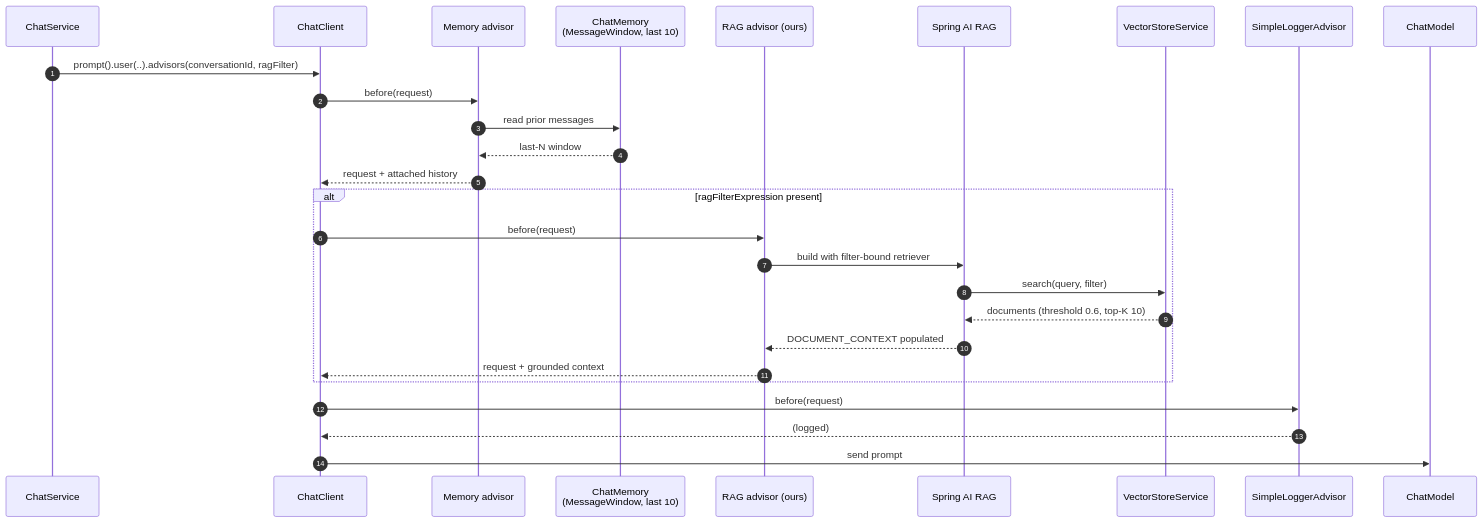
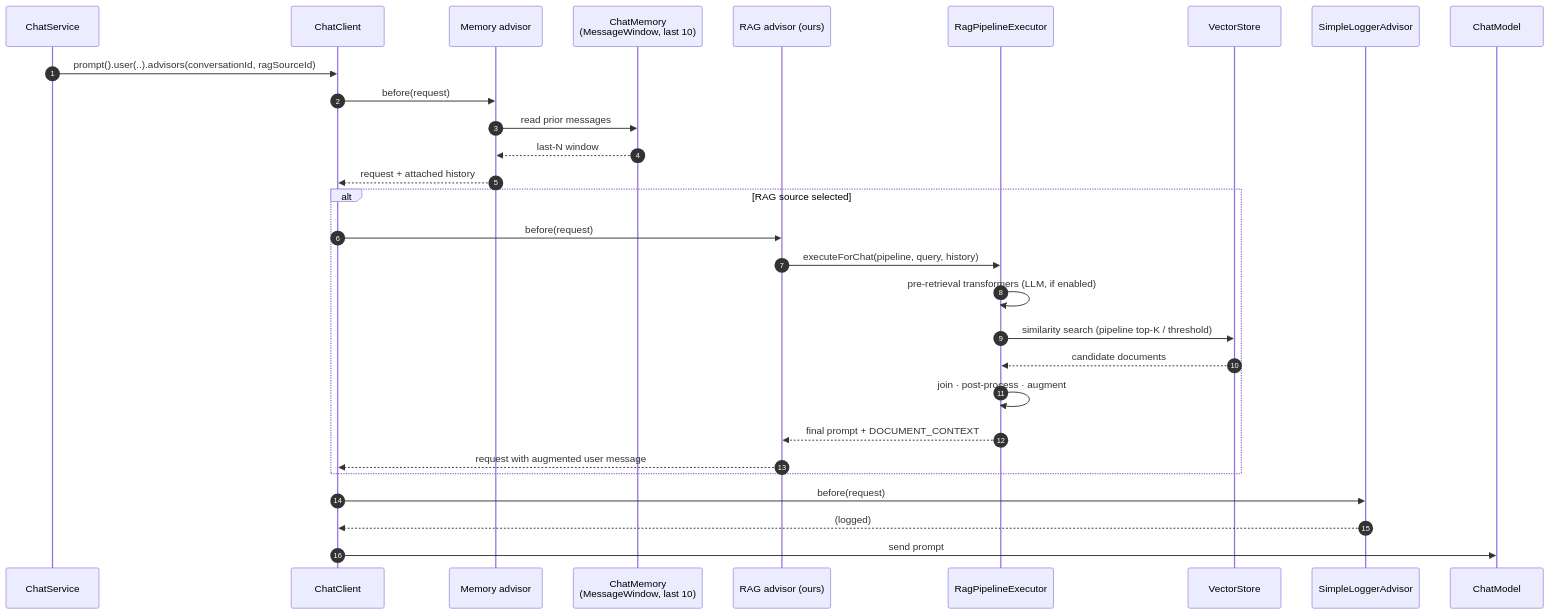
Before and after one commit to spring-ai-community/spring-ai-playground: the seventh of 9 diagrams in docs/architecture.md, drawn with Mermaid. The commit also changed other lines of this file and 52 other files, not shown here.

````diff
--- a/docs/architecture.md
+++ b/docs/architecture.md
@@ -262,30 +265,32 @@
 ```mermaid
 sequenceDiagram
     autonumber
     participant CS as ChatService
     participant CCL as ChatClient
     participant MEM as Memory advisor
     participant CMEM as ChatMemory<br/>(MessageWindow, last 10)
     participant RAG as RAG advisor (ours)
-    participant RAA as Spring AI RAG
-    participant VSS as VectorStoreService
+    participant EX as RagPipelineExecutor
+    participant VS as VectorStore
     participant LOG as SimpleLoggerAdvisor
     participant MODEL as ChatModel
 
-    CS->>CCL: prompt().user(..).advisors(conversationId, ragFilter)
+    CS->>CCL: prompt().user(..).advisors(conversationId, ragSourceId)
     CCL->>MEM: before(request)
     MEM->>CMEM: read prior messages
     CMEM-->>MEM: last-N window
     MEM-->>CCL: request + attached history
-    alt ragFilterExpression present
+    alt RAG source selected
         CCL->>RAG: before(request)
-        RAG->>RAA: build with filter-bound retriever
-        RAA->>VSS: search(query, filter)
-        VSS-->>RAA: documents (threshold 0.6, top-K 10)
-        RAA-->>RAG: DOCUMENT_CONTEXT populated
-        RAG-->>CCL: request + grounded context
+        RAG->>EX: executeForChat(pipeline, query, history)
+        EX->>EX: pre-retrieval transformers (LLM, if enabled)
+        EX->>VS: similarity search (pipeline top-K / threshold)
+        VS-->>EX: candidate documents
+        EX->>EX: join · post-process · augment
+        EX-->>RAG: final prompt + DOCUMENT_CONTEXT
+        RAG-->>CCL: request with augmented user message
     end
     CCL->>LOG: before(request)
     LOG-->>CCL: (logged)
     CCL->>MODEL: send prompt
 ```
````
